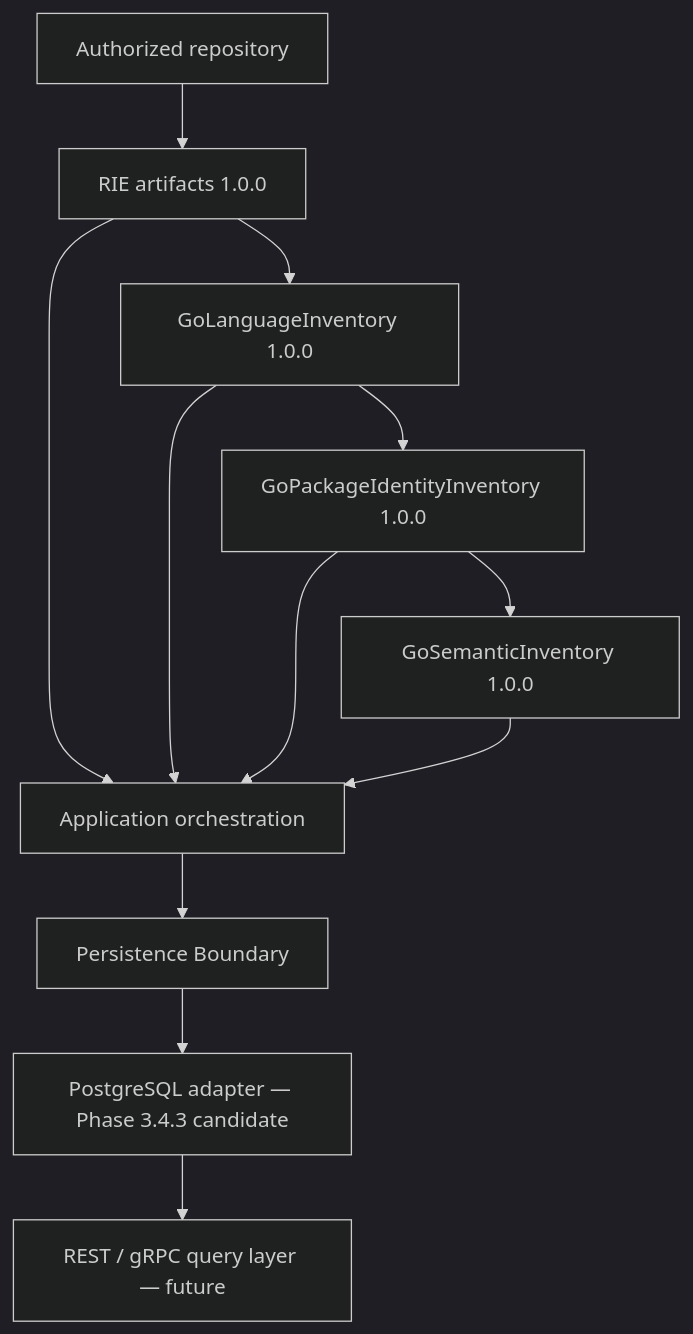
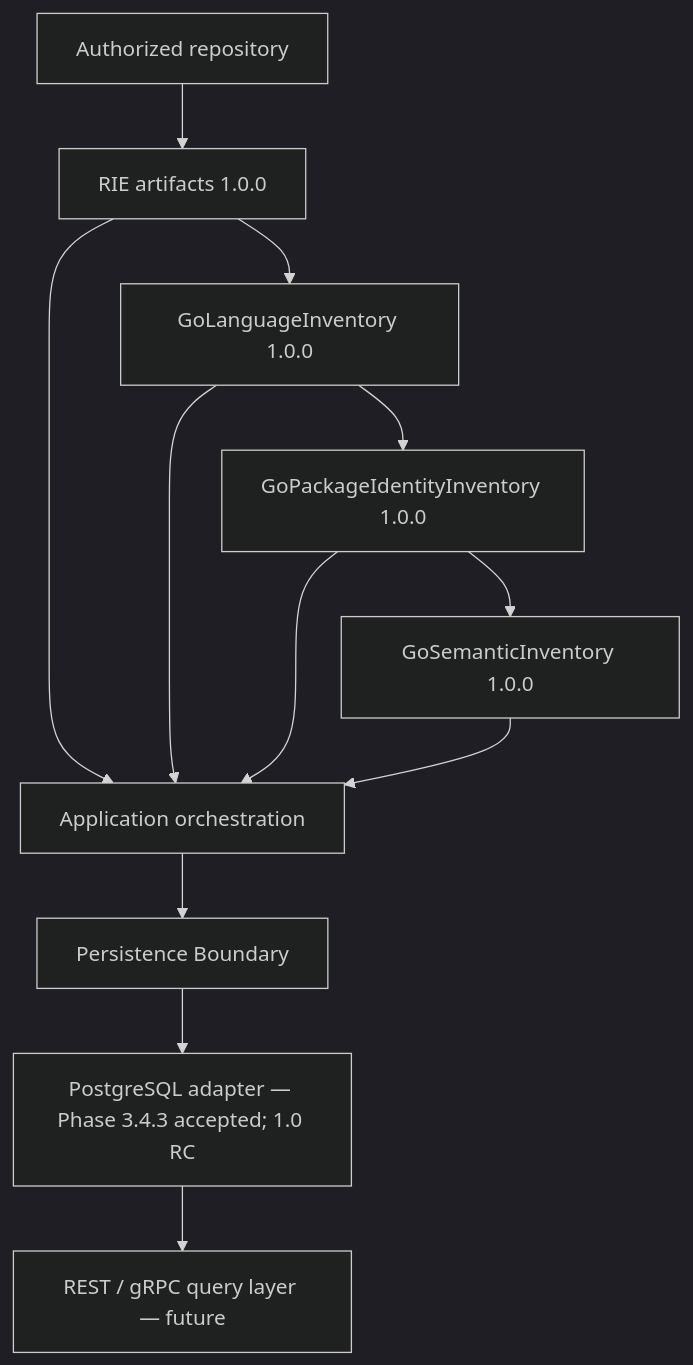
Before and after one commit to AjayMunagala/software-engineering-platform: the diagram in docs/Architecture/PERSISTENCE_BOUNDARY.md, drawn with Mermaid (dark theme). The commit also changed 23 other files, not shown here.

````diff
--- a/docs/Architecture/PERSISTENCE_BOUNDARY.md
+++ b/docs/Architecture/PERSISTENCE_BOUNDARY.md
@@ -46,14 +46,14 @@
 ```mermaid
 flowchart TD
     R["Authorized repository"] --> RIE["RIE artifacts 1.0.0"]
     RIE --> GLI["GoLanguageInventory 1.0.0"]
     GLI --> GPI["GoPackageIdentityInventory 1.0.0"]
     GPI --> GSI["GoSemanticInventory 1.0.0"]
     RIE --> APP["Application orchestration"]
     GLI --> APP
     GPI --> APP
     GSI --> APP
     APP --> PB["Persistence Boundary"]
-    PB --> PG["PostgreSQL adapter — Phase 3.4.3 candidate"]
+    PB --> PG["PostgreSQL adapter — Phase 3.4.3 accepted; 1.0 RC"]
     PG --> QUERY["REST / gRPC query layer — future"]
 ```
````
